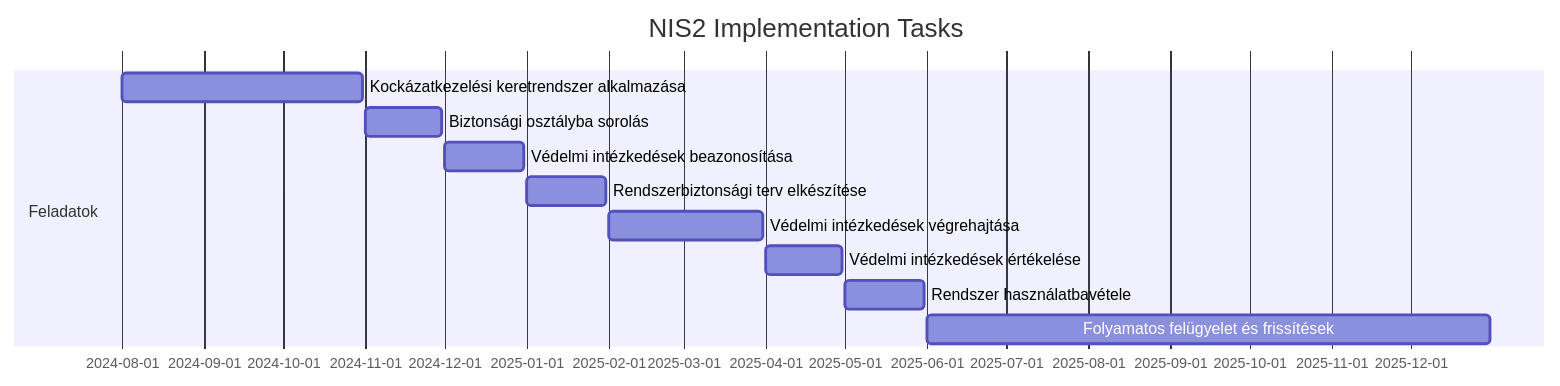
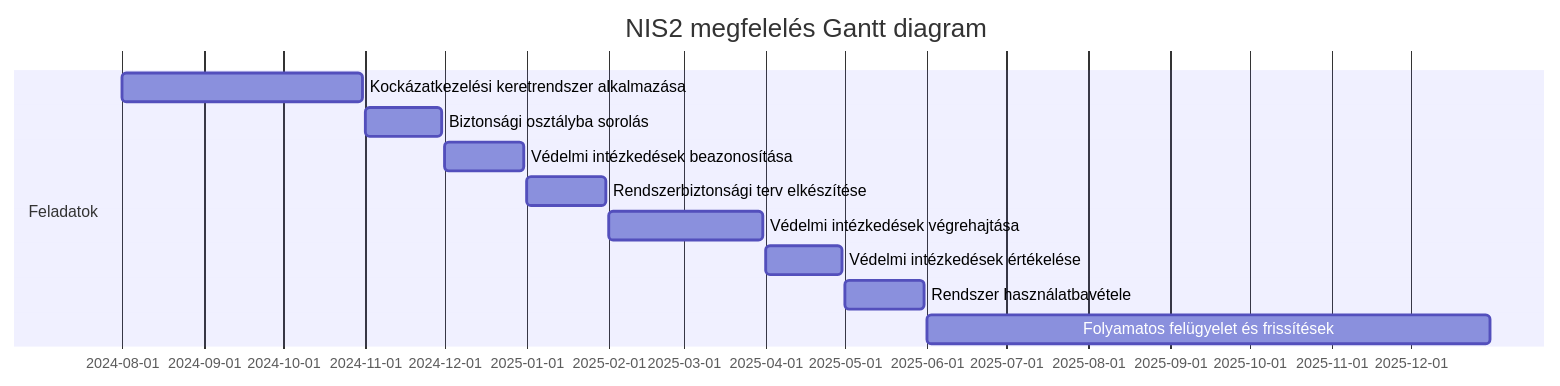
Before and after one commit to Lensver65/NIS2-keretrendszer: the diagram in NIS2-Mermaid.md, drawn with Mermaid.

````diff
--- a/NIS2-Mermaid.md
+++ b/NIS2-Mermaid.md
@@ -1,14 +1,14 @@
 ```mermaid
 gantt
-    title NIS2 Implementation Tasks
+    title NIS2 megfelelés Gantt diagram
     dateFormat  YYYY-MM-DD
     section Feladatok
     Kockázatkezelési keretrendszer alkalmazása :2024-08-01, 2024-10-31
     Biztonsági osztályba sorolás :2024-11-01, 2024-11-30
     Védelmi intézkedések beazonosítása :2024-12-01, 2024-12-31
     Rendszerbiztonsági terv elkészítése :2025-01-01, 2025-01-31
     Védelmi intézkedések végrehajtása :2025-02-01, 2025-03-31
     Védelmi intézkedések értékelése :2025-04-01, 2025-04-30
     Rendszer használatbavétele :2025-05-01, 2025-05-31
     Folyamatos felügyelet és frissítések :2025-06-01, 2025-12-31
 ```
````
